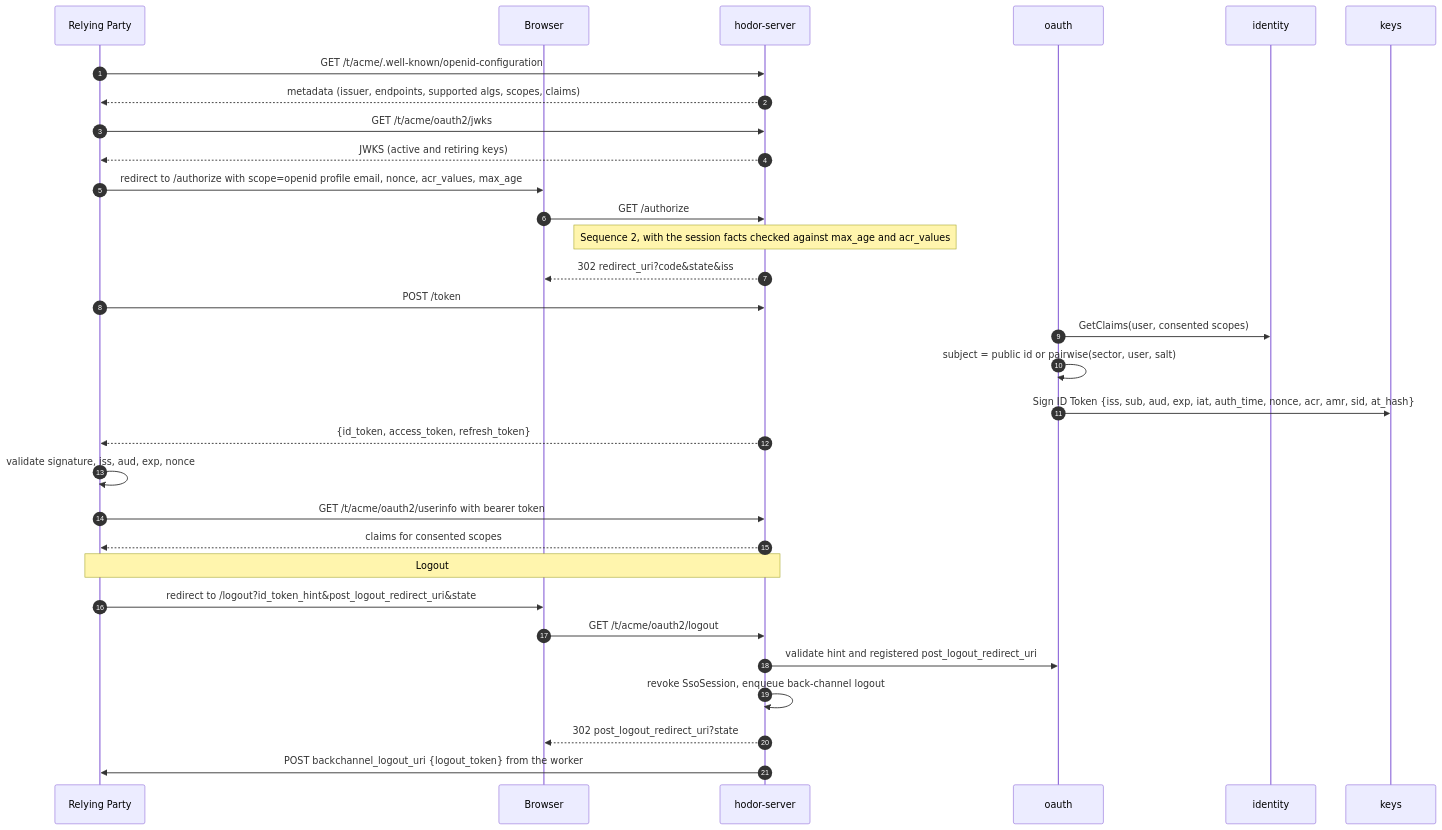
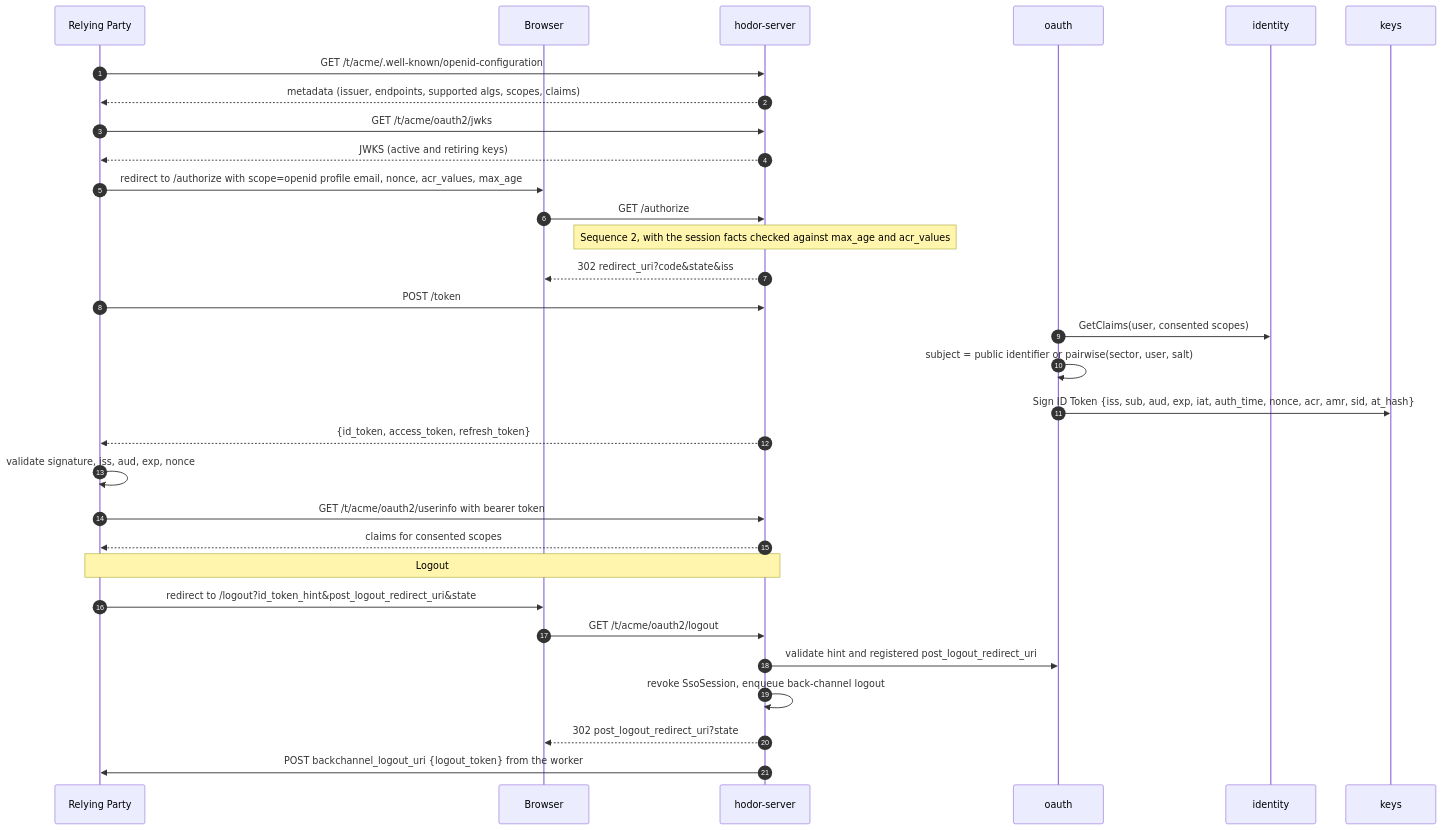
One commit to ortisun/hodor changed the third of 7 diagrams in docs/protocols/sequences.md. Above: the diagram before and after it, drawn with Mermaid. The commit also changed other lines of this file and 48 other files, not shown here.

````diff
--- a/docs/protocols/sequences.md
+++ b/docs/protocols/sequences.md
@@ -100,34 +100,34 @@
 ```mermaid
 sequenceDiagram
     autonumber
-    participant RP as Relying Party
-    participant UA as Browser
-    participant H as hodor-server
-    participant OAU as oauth
-    participant IDN as identity
-    participant KEY as keys
+    participant RelyingParty as Relying Party
+    participant Browser as Browser
+    participant Server as hodor-server
+    participant OAuth as oauth
+    participant Identity as identity
+    participant Keys as keys
 
-    RP->>H: GET /t/acme/.well-known/openid-configuration
-    H-->>RP: metadata (issuer, endpoints, supported algs, scopes, claims)
-    RP->>H: GET /t/acme/oauth2/jwks
-    H-->>RP: JWKS (active and retiring keys)
-    RP->>UA: redirect to /authorize with scope=openid profile email, nonce, acr_values, max_age
-    UA->>H: GET /authorize
-    Note over H: Sequence 2, with the session facts checked against max_age and acr_values
-    H-->>UA: 302 redirect_uri?code&state&iss
-    RP->>H: POST /token
-    OAU->>IDN: GetClaims(user, consented scopes)
-    OAU->>OAU: subject = public id or pairwise(sector, user, salt)
-    OAU->>KEY: Sign ID Token {iss, sub, aud, exp, iat, auth_time, nonce, acr, amr, sid, at_hash}
-    H-->>RP: {id_token, access_token, refresh_token}
-    RP->>RP: validate signature, iss, aud, exp, nonce
-    RP->>H: GET /t/acme/oauth2/userinfo with bearer token
-    H-->>RP: claims for consented scopes
-    Note over RP,H: Logout
-    RP->>UA: redirect to /logout?id_token_hint&post_logout_redirect_uri&state
-    UA->>H: GET /t/acme/oauth2/logout
-    H->>OAU: validate hint and registered post_logout_redirect_uri
-    H->>H: revoke SsoSession, enqueue back-channel logout
-    H-->>UA: 302 post_logout_redirect_uri?state
-    H->>RP: POST backchannel_logout_uri {logout_token} from the worker
+    RelyingParty->>Server: GET /t/acme/.well-known/openid-configuration
+    Server-->>RelyingParty: metadata (issuer, endpoints, supported algs, scopes, claims)
+    RelyingParty->>Server: GET /t/acme/oauth2/jwks
+    Server-->>RelyingParty: JWKS (active and retiring keys)
+    RelyingParty->>Browser: redirect to /authorize with scope=openid profile email, nonce, acr_values, max_age
+    Browser->>Server: GET /authorize
+    Note over Server: Sequence 2, with the session facts checked against max_age and acr_values
+    Server-->>Browser: 302 redirect_uri?code&state&iss
+    RelyingParty->>Server: POST /token
+    OAuth->>Identity: GetClaims(user, consented scopes)
+    OAuth->>OAuth: subject = public identifier or pairwise(sector, user, salt)
+    OAuth->>Keys: Sign ID Token {iss, sub, aud, exp, iat, auth_time, nonce, acr, amr, sid, at_hash}
+    Server-->>RelyingParty: {id_token, access_token, refresh_token}
+    RelyingParty->>RelyingParty: validate signature, iss, aud, exp, nonce
+    RelyingParty->>Server: GET /t/acme/oauth2/userinfo with bearer token
+    Server-->>RelyingParty: claims for consented scopes
+    Note over RelyingParty,Server: Logout
+    RelyingParty->>Browser: redirect to /logout?id_token_hint&post_logout_redirect_uri&state
+    Browser->>Server: GET /t/acme/oauth2/logout
+    Server->>OAuth: validate hint and registered post_logout_redirect_uri
+    Server->>Server: revoke SsoSession, enqueue back-channel logout
+    Server-->>Browser: 302 post_logout_redirect_uri?state
+    Server->>RelyingParty: POST backchannel_logout_uri {logout_token} from the worker
 ```
````
